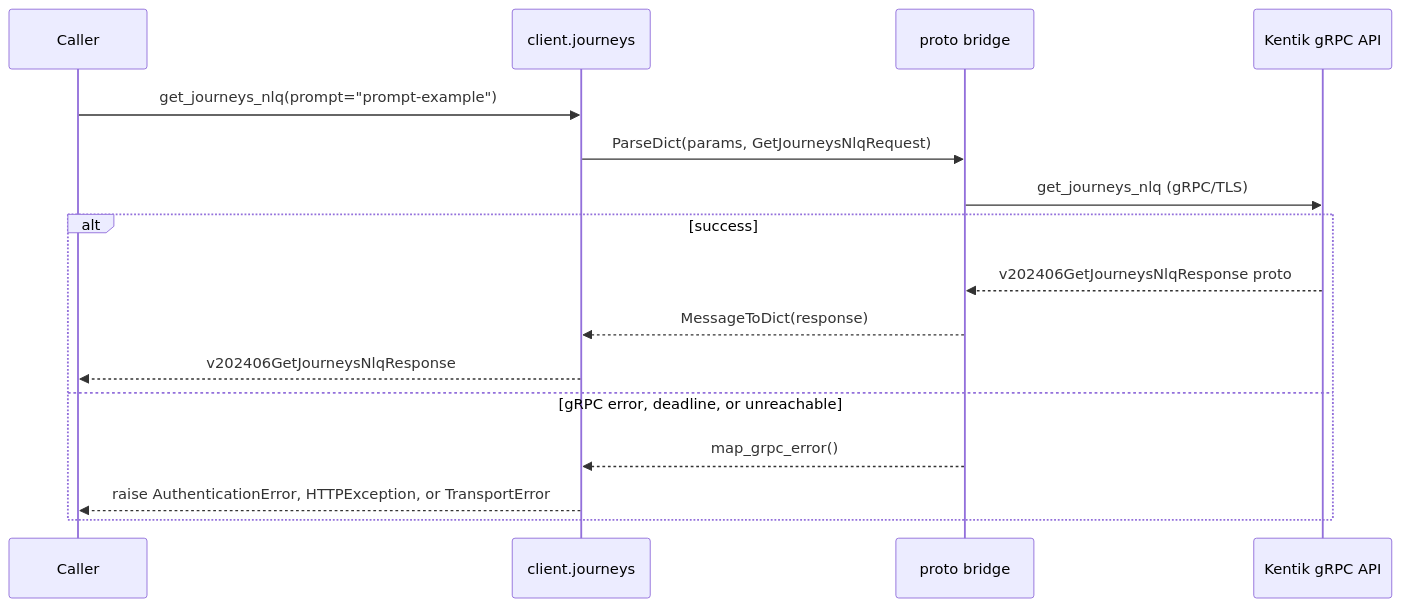
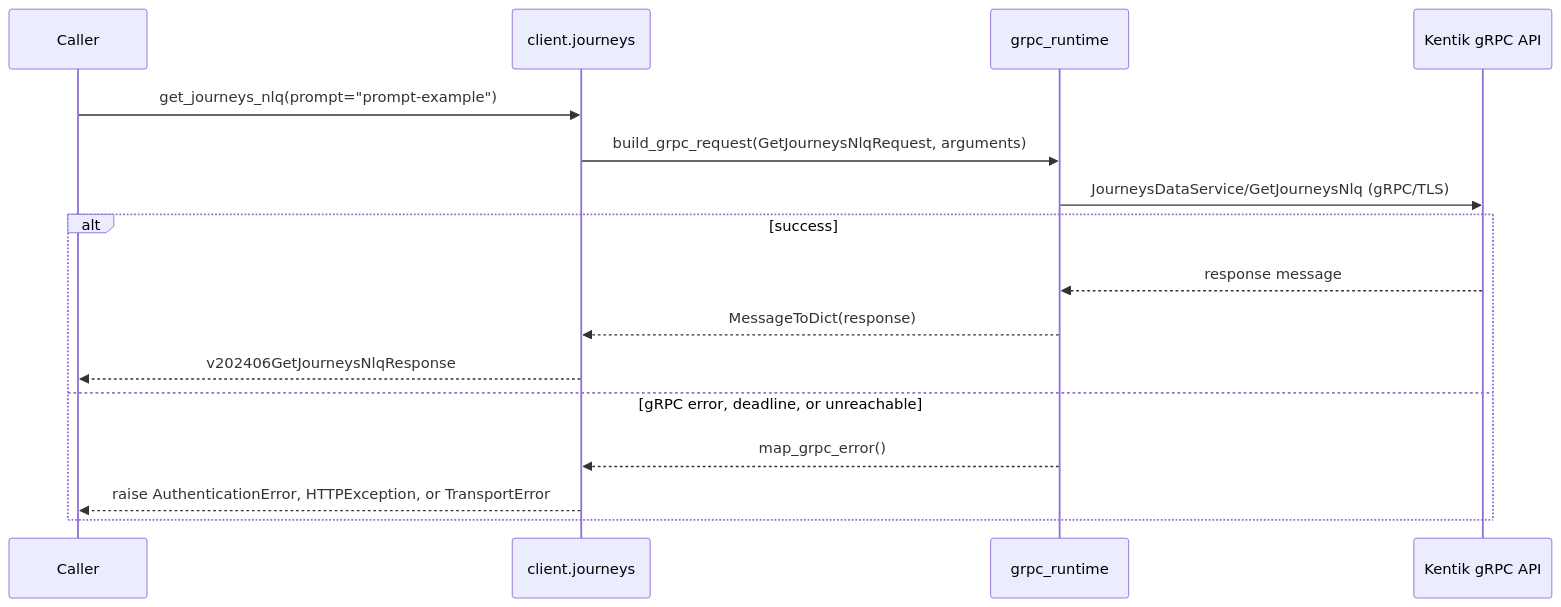
The third of 4 diagrams in docs/sphinx/services/journeys.md (alexdearaujo/community_sdk_python), drawn with Mermaid before and after one commit. The commit also changed 37 other files, not shown here.

First line of the commit message:
docs: show the real RPC in each service page's gRPC diagram

````diff
--- a/docs/sphinx/services/journeys.md
+++ b/docs/sphinx/services/journeys.md
@@ -59,19 +59,19 @@
 ```mermaid
 sequenceDiagram
     participant C as Caller
     participant W as client.journeys
-    participant B as proto bridge
+    participant R as grpc_runtime
     participant API as Kentik gRPC API
 
     C->>W: get_journeys_nlq(prompt="prompt-example")
-    W->>B: ParseDict(params, GetJourneysNlqRequest)
-    B->>API: get_journeys_nlq (gRPC/TLS)
+    W->>R: build_grpc_request(GetJourneysNlqRequest, arguments)
+    R->>API: JourneysDataService/GetJourneysNlq (gRPC/TLS)
     alt success
-        API-->>B: v202406GetJourneysNlqResponse proto
-        B-->>W: MessageToDict(response)
+        API-->>R: response message
+        R-->>W: MessageToDict(response)
         W-->>C: v202406GetJourneysNlqResponse
     else gRPC error, deadline, or unreachable
-        B-->>W: map_grpc_error()
+        R-->>W: map_grpc_error()
         W-->>C: raise AuthenticationError, HTTPException, or TransportError
     end
 ```
````
